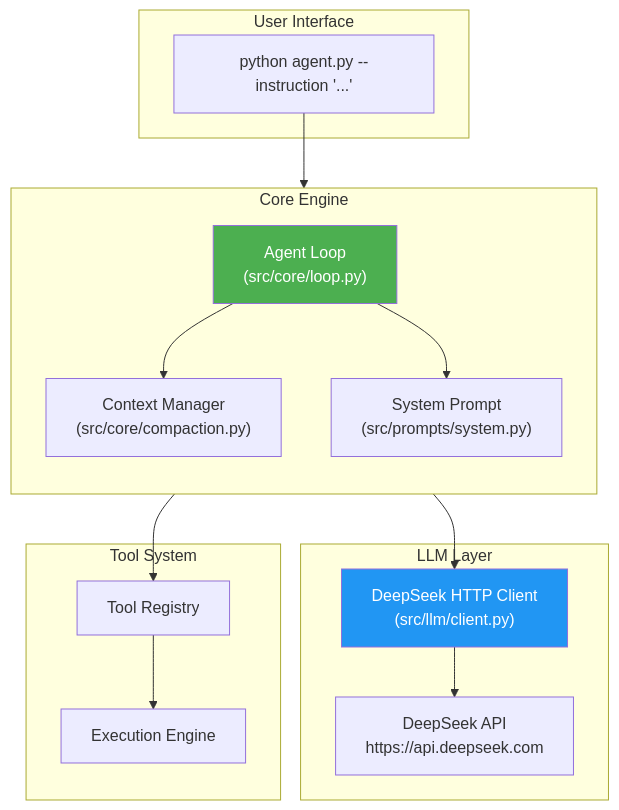
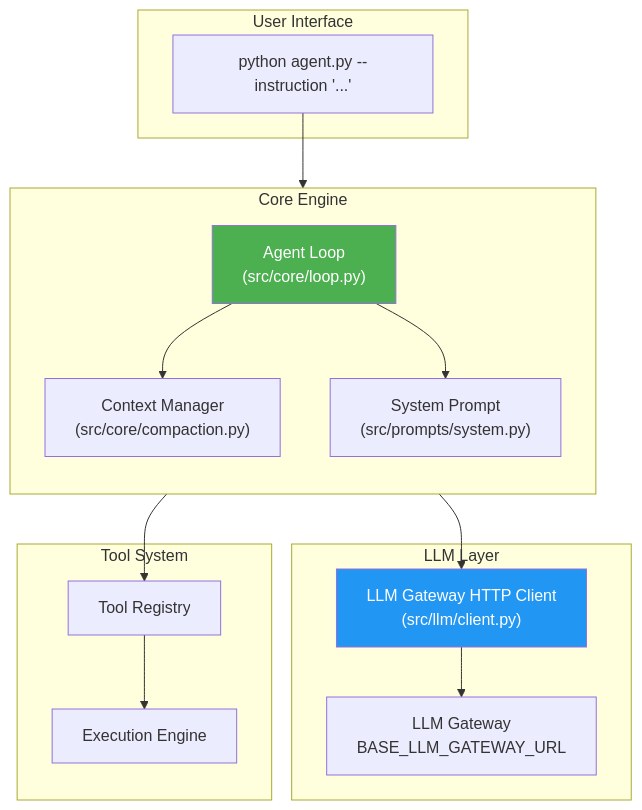
One commit to BaseIntelligence/baseagent changed the second of 3 diagrams in docs/overview.md. Above: the diagram before and after it, drawn with Mermaid. The commit also changed other lines of this file and 24 other files, not shown here.

First line of the commit message:
feat(llm): route agent through the platform LLM gateway (drop DeepSeek)

````diff
--- a/docs/overview.md
+++ b/docs/overview.md
@@ -69,34 +69,34 @@
 ```mermaid
 graph TB
     subgraph Interface["User Interface"]
         CLI["python agent.py --instruction '...'"]
     end
     
     subgraph Engine["Core Engine"]
         direction TB
         Loop["Agent Loop<br/>(src/core/loop.py)"]
         Context["Context Manager<br/>(src/core/compaction.py)"]
         Prompt["System Prompt<br/>(src/prompts/system.py)"]
     end
     
     subgraph LLM["LLM Layer"]
-        Client["DeepSeek HTTP Client<br/>(src/llm/client.py)"]
-        API["DeepSeek API<br/>https://api.deepseek.com"]
+        Client["LLM Gateway HTTP Client<br/>(src/llm/client.py)"]
+        API["LLM Gateway<br/>BASE_LLM_GATEWAY_URL"]
     end
     
     subgraph Tools["Tool System"]
         Registry["Tool Registry"]
         Exec["Execution Engine"]
     end
     
     CLI --> Loop
     Loop --> Context
     Loop --> Prompt
     Loop --> Client
     Client --> API
     Loop --> Registry
     Registry --> Exec
     
     style Loop fill:#4CAF50,color:#fff
     style Client fill:#2196F3,color:#fff
 ```
````
